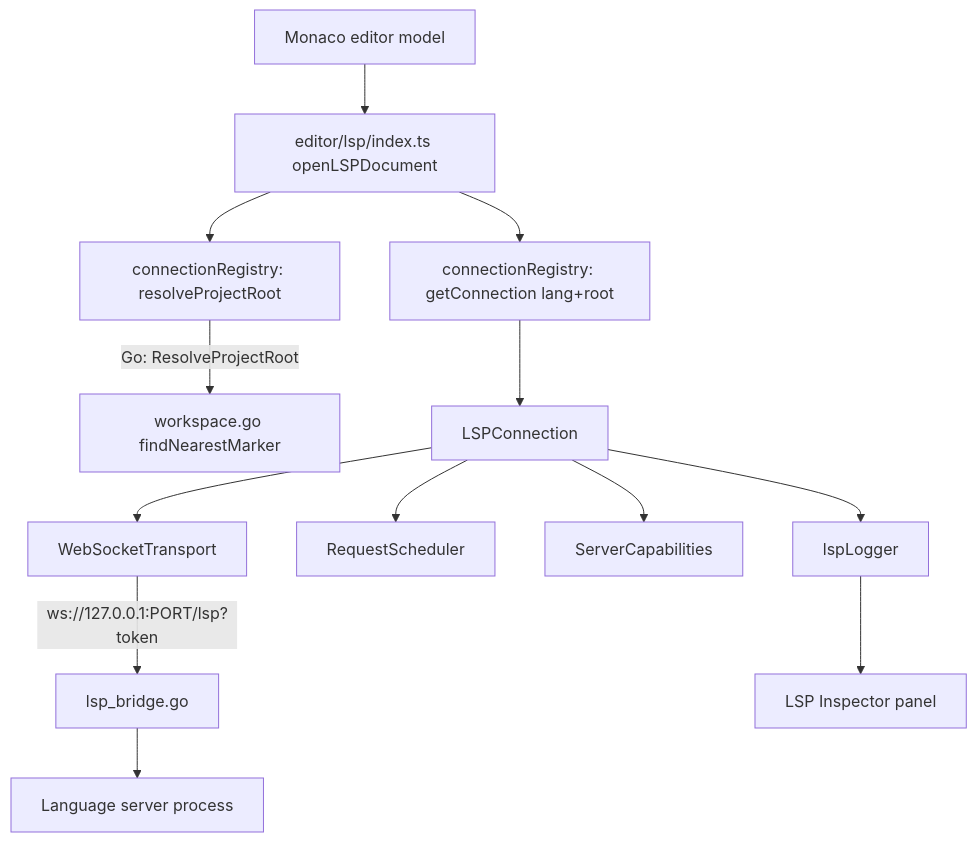
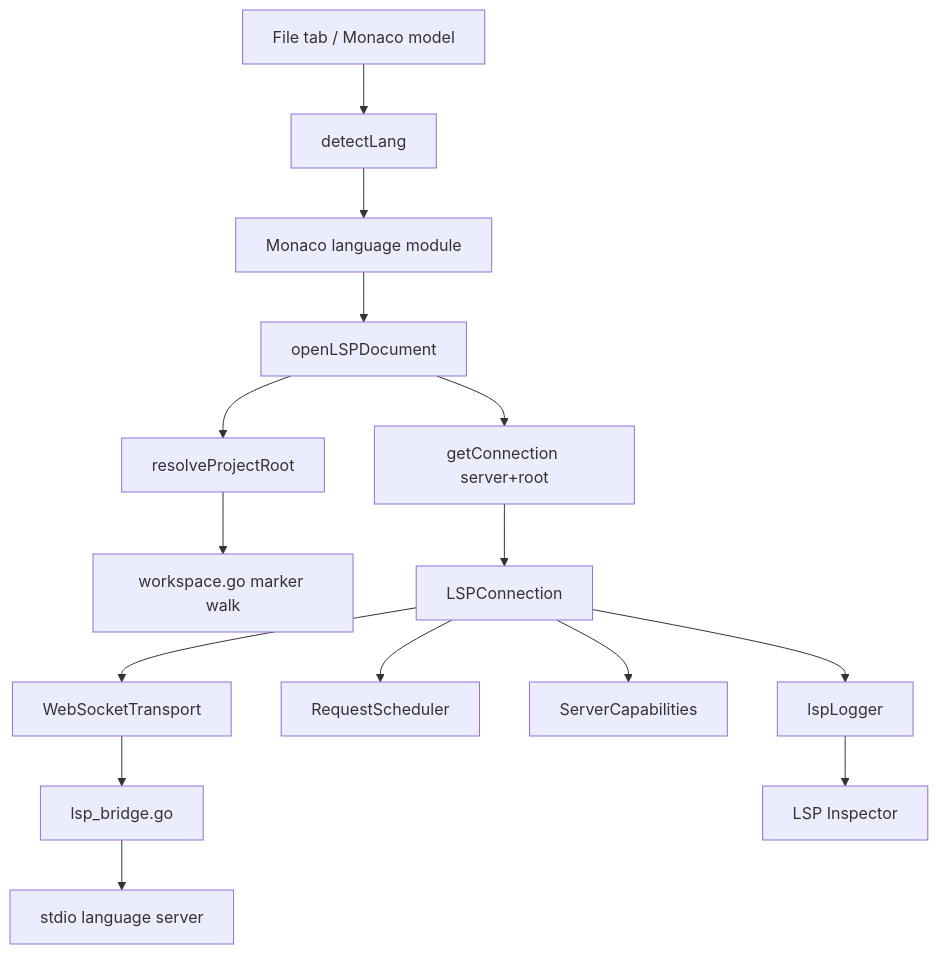
Before and after one commit to mervlot/MervCode: the diagram in docs/LSP-Architecture.md, drawn with Mermaid. The commit also changed other lines of this file and 53 other files, not shown here.

````diff
--- a/docs/LSP-Architecture.md
+++ b/docs/LSP-Architecture.md
@@ -10,15 +7,17 @@
 ```mermaid
 flowchart TD
-    A[Monaco editor model] --> B[editor/lsp/index.ts openLSPDocument]
-    B --> C[connectionRegistry: resolveProjectRoot]
-    C -->|Go: ResolveProjectRoot| D[workspace.go findNearestMarker]
-    B --> E[connectionRegistry: getConnection lang+root]
-    E --> F[LSPConnection]
-    F --> G[WebSocketTransport]
-    G -->|ws://127.0.0.1:PORT/lsp?token| H[lsp_bridge.go]
-    H --> I[Language server process]
-    F --> J[RequestScheduler]
-    F --> K[ServerCapabilities]
-    F --> L[lspLogger]
-    L --> M[LSP Inspector panel]
+    A[File tab / Monaco model] --> B[detectLang]
+    B --> C[Monaco language module]
+    C --> D[openLSPDocument]
+    D --> E[resolveProjectRoot]
+    E --> F[workspace.go marker walk]
+    D --> G[getConnection server+root]
+    G --> H[LSPConnection]
+    H --> I[WebSocketTransport]
+    I --> J[lsp_bridge.go]
+    J --> K[stdio language server]
+    H --> L[RequestScheduler]
+    H --> M[ServerCapabilities]
+    H --> N[lspLogger]
+    N --> O[LSP Inspector]
 ```
````
